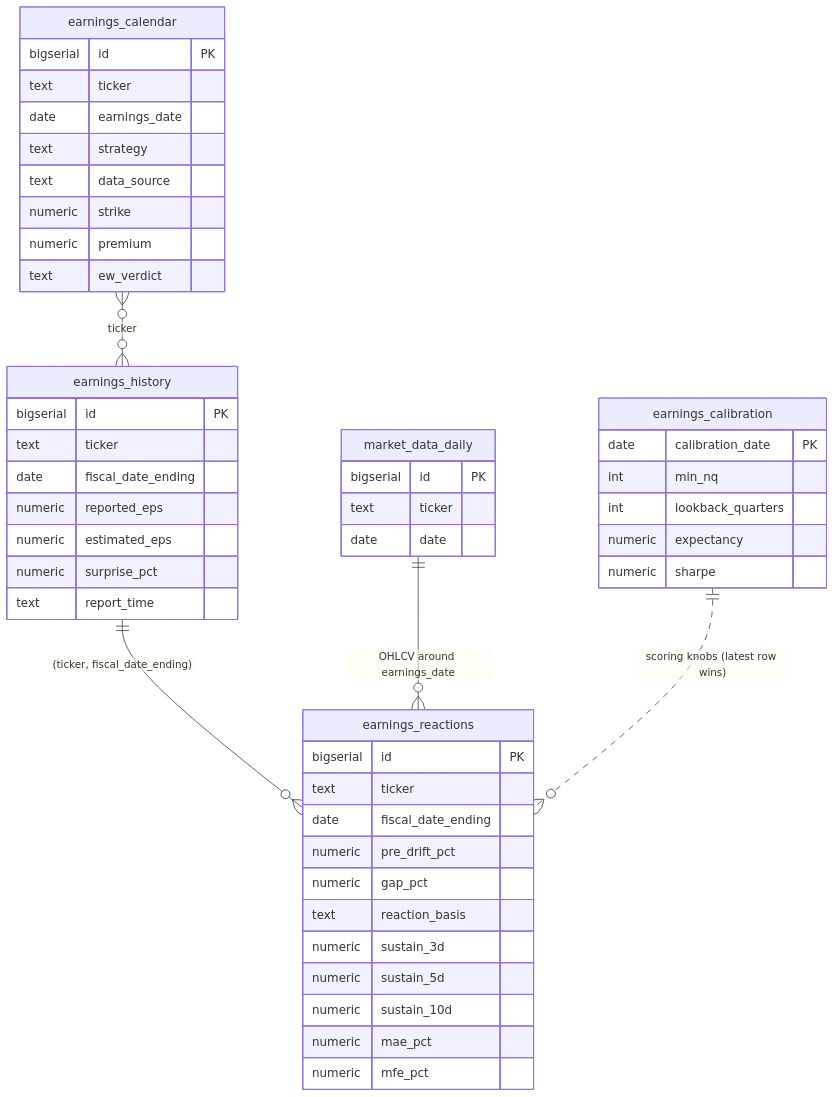
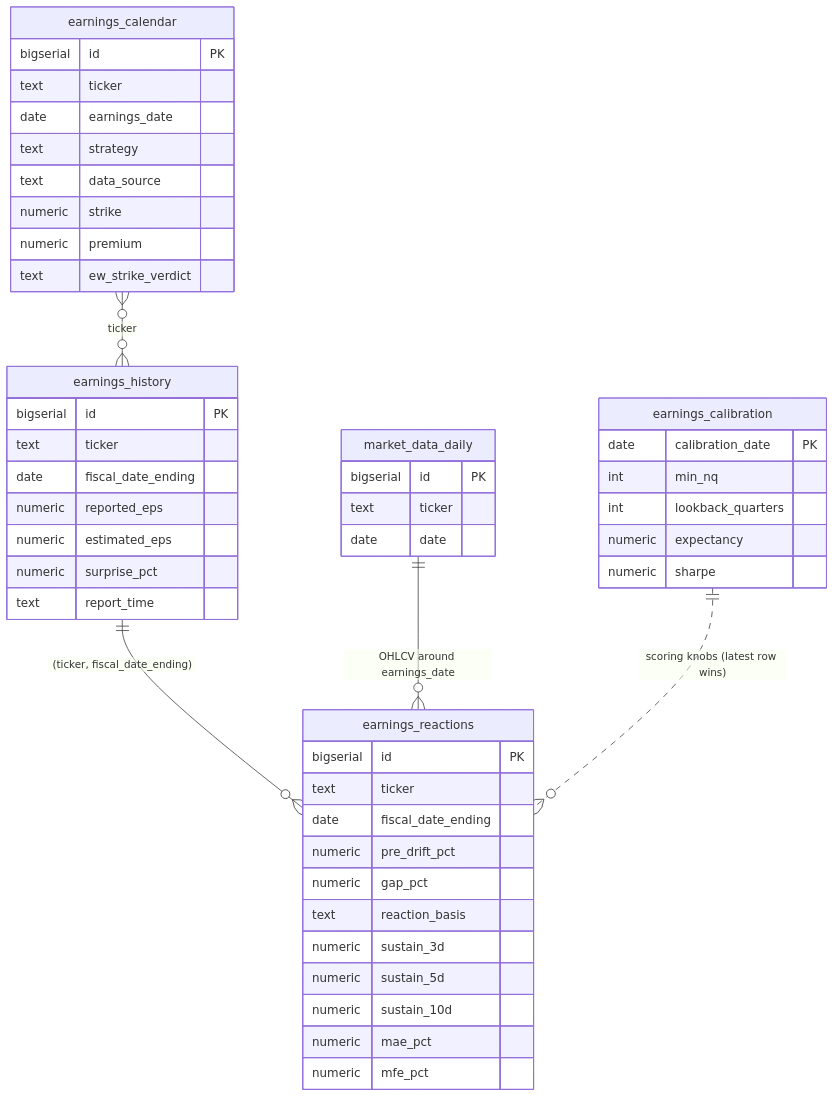
Before and after one commit to TeneikaAskew/stocks: the third of 10 diagrams in docs/product/infrastructure/05-b-ERD.md, drawn with Mermaid. The commit also changed 10 other files, not shown here.

````diff
--- a/docs/product/infrastructure/05-b-ERD.md
+++ b/docs/product/infrastructure/05-b-ERD.md
@@ -171,51 +171,51 @@
 ```mermaid
 erDiagram
     earnings_calendar {
         bigserial id PK
         text ticker
         date earnings_date
         text strategy
         text data_source
         numeric strike
         numeric premium
-        text ew_verdict
+        text ew_strike_verdict
     }
     earnings_history {
         bigserial id PK
         text ticker
         date fiscal_date_ending
         numeric reported_eps
         numeric estimated_eps
         numeric surprise_pct
         text report_time
     }
     earnings_reactions {
         bigserial id PK
         text ticker
         date fiscal_date_ending
         numeric pre_drift_pct
         numeric gap_pct
         text reaction_basis
         numeric sustain_3d
         numeric sustain_5d
         numeric sustain_10d
         numeric mae_pct
         numeric mfe_pct
     }
     earnings_calibration {
         date calibration_date PK
         int min_nq
         int lookback_quarters
         numeric expectancy
         numeric sharpe
     }
     market_data_daily {
         bigserial id PK
         text ticker
         date date
     }
     earnings_history ||--o{ earnings_reactions : "(ticker, fiscal_date_ending)"
     earnings_calendar }o--o{ earnings_history : "ticker"
     market_data_daily ||--o{ earnings_reactions : "OHLCV around earnings_date"
     earnings_calibration ||..o{ earnings_reactions : "scoring knobs (latest row wins)"
 ```
````
